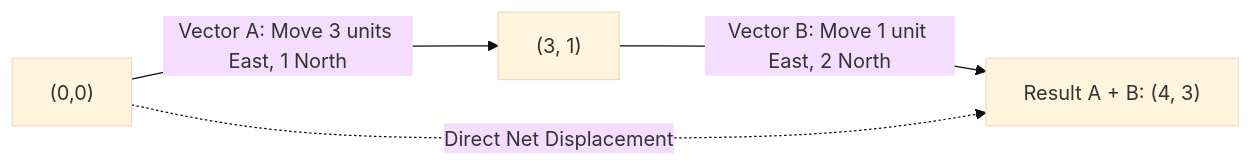
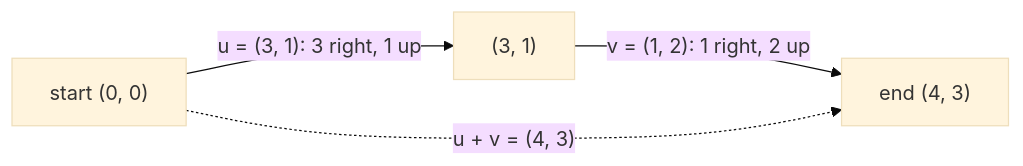
One commit to azusachino/harus-blog changed the diagram in docs/tech/series/math-for-ai/01.vectors-and-spaces.md. Above: the diagram before and after it, drawn with Mermaid (base theme). The commit also changed other lines of this file and 11 other files, not shown here.

````diff
--- a/docs/tech/series/math-for-ai/01.vectors-and-spaces.md
+++ b/docs/tech/series/math-for-ai/01.vectors-and-spaces.md
@@ -70,6 +51,6 @@
 ```mermaid
 flowchart LR
-    Origin["(0,0)"] -->|Vector A: Move 3 units East, 1 North| Midpoint["(3, 1)"]
-    Midpoint -->|Vector B: Move 1 unit East, 2 North| Final["Result A + B: (4, 3)"]
-    Origin -.->|Direct Net Displacement| Final
+    O["start (0, 0)"] -->|"u = (3, 1): 3 right, 1 up"| M["(3, 1)"]
+    M -->|"v = (1, 2): 1 right, 2 up"| E["end (4, 3)"]
+    O -.->|"u + v = (4, 3)"| E
 ```
````
